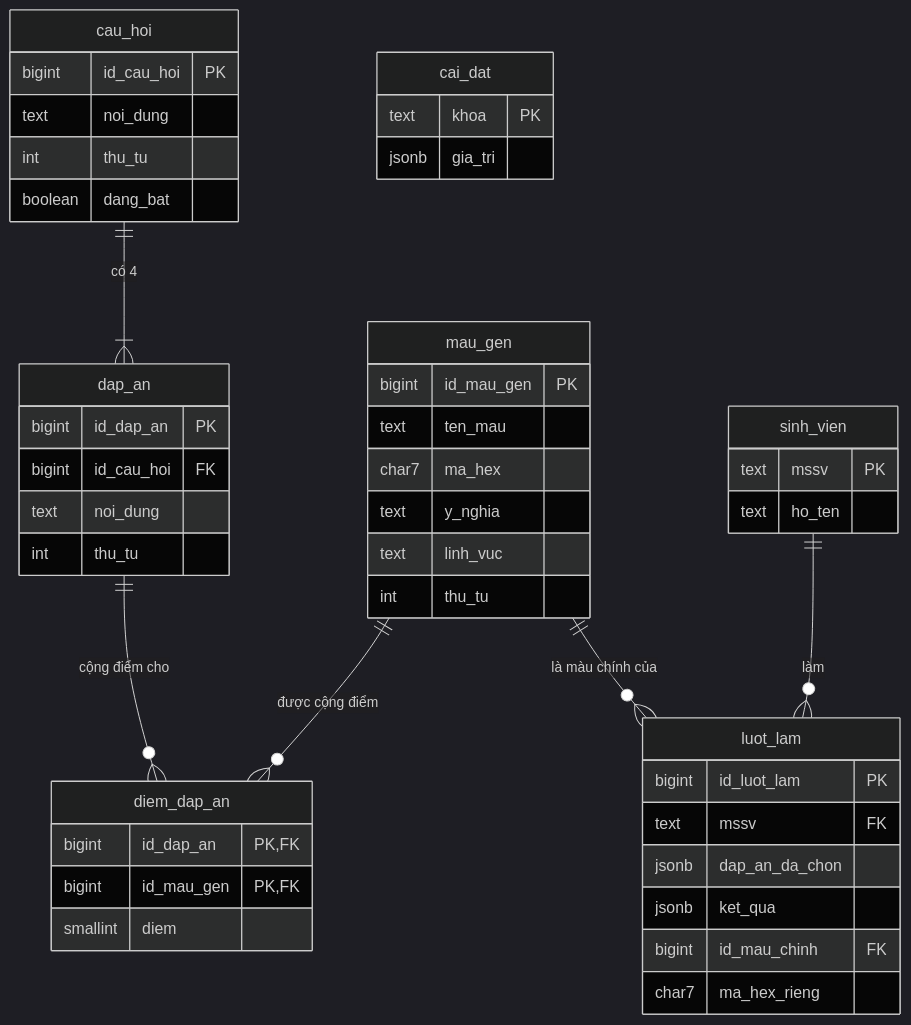
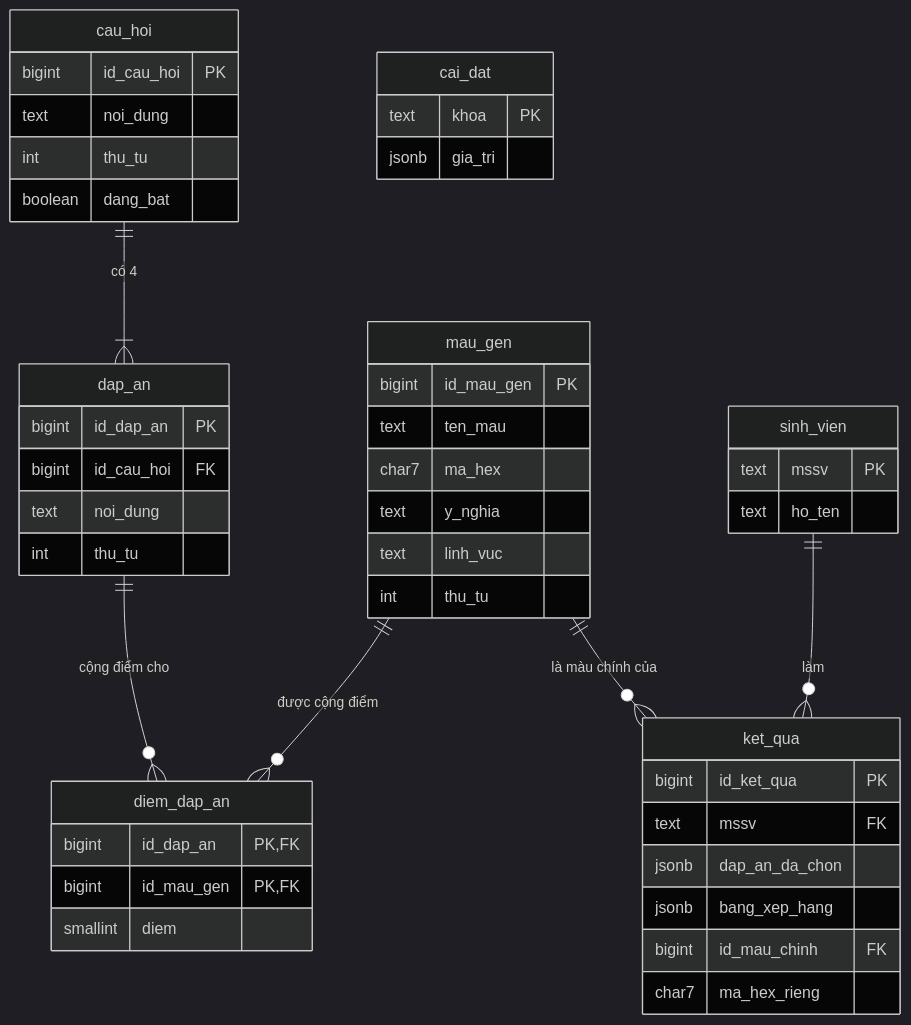
Before and after one commit to huuluan186/ir-dna-find-your-color: the diagram in .ai/system/thiet_ke_csdl.md, drawn with Mermaid (dark theme). The commit also changed other lines of this file and 3 other files, not shown here.

Commit message:
docs(db): đổi bảng luot_lam thành ket_qua và thêm ví dụ dữ liệu

````diff
--- a/.ai/system/thiet_ke_csdl.md
+++ b/.ai/system/thiet_ke_csdl.md
@@ -21,50 +21,50 @@
 ```mermaid
 erDiagram
 	mau_gen ||--o{ diem_dap_an : "được cộng điểm"
 	cau_hoi ||--|{ dap_an : "có 4"
 	dap_an ||--o{ diem_dap_an : "cộng điểm cho"
-	sinh_vien ||--o{ luot_lam : "làm"
-	mau_gen ||--o{ luot_lam : "là màu chính của"
+	sinh_vien ||--o{ ket_qua : "làm"
+	mau_gen ||--o{ ket_qua : "là màu chính của"
 
 	mau_gen {
 		bigint id_mau_gen PK
 		text ten_mau
 		char7 ma_hex
 		text y_nghia
 		text linh_vuc
 		int thu_tu
 	}
 	cau_hoi {
 		bigint id_cau_hoi PK
 		text noi_dung
 		int thu_tu
 		boolean dang_bat
 	}
 	dap_an {
 		bigint id_dap_an PK
 		bigint id_cau_hoi FK
 		text noi_dung
 		int thu_tu
 	}
 	diem_dap_an {
 		bigint id_dap_an PK,FK
 		bigint id_mau_gen PK,FK
 		smallint diem
 	}
 	sinh_vien {
 		text mssv PK
 		text ho_ten
 	}
-	luot_lam {
-		bigint id_luot_lam PK
+	ket_qua {
+		bigint id_ket_qua PK
 		text mssv FK
 		jsonb dap_an_da_chon
-		jsonb ket_qua
+		jsonb bang_xep_hang
 		bigint id_mau_chinh FK
 		char7 ma_hex_rieng
 	}
 	cai_dat {
 		text khoa PK
 		jsonb gia_tri
 	}
 ```
````
